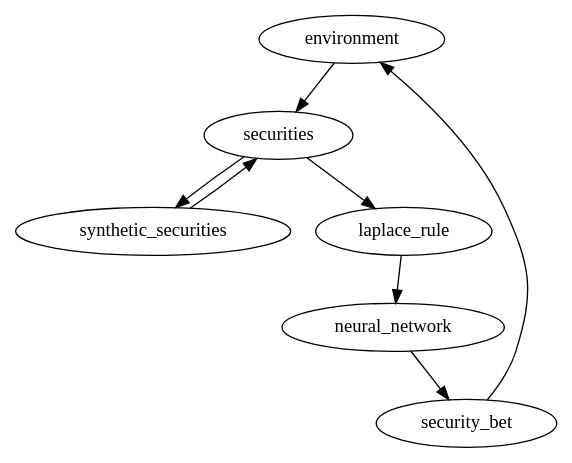
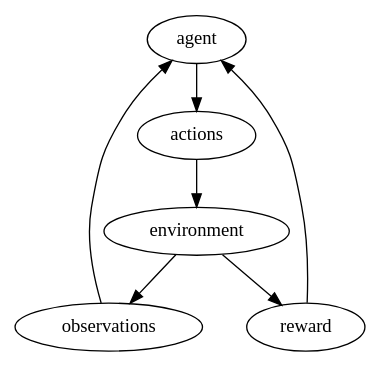
One commit to tsleung/playing-with-numbers changed the diagram in invest/design.dot. Above: the diagram before and after it, drawn with Graphviz. The commit also changed 15 other files, not shown here.

```diff
--- a/invest/design.dot
+++ b/invest/design.dot
@@ -1,11 +1,8 @@
 digraph G {
-  environment->securities
-  securities->synthetic_securities
-  synthetic_securities->securities
-  securities->laplace_rule
-  laplace_rule->neural_network
-
-  neural_network->security_bet
-  security_bet->environment
-
+  agent->actions
+  environment->observations
+  observations->agent
+  environment->reward
+  actions->environment
+  reward->agent
 }
```
